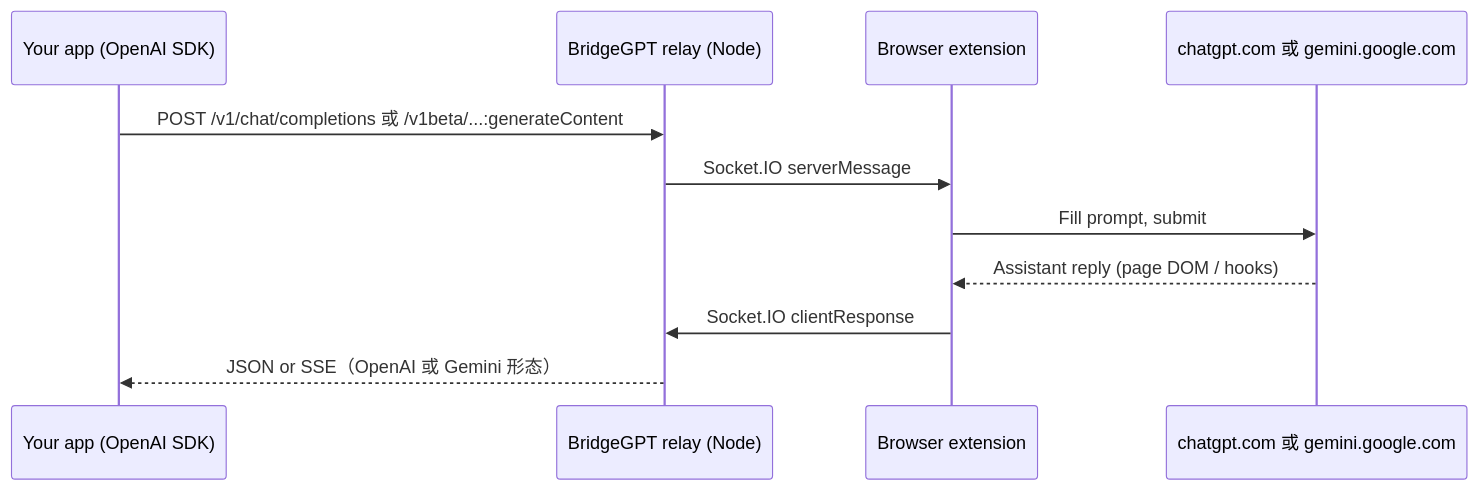
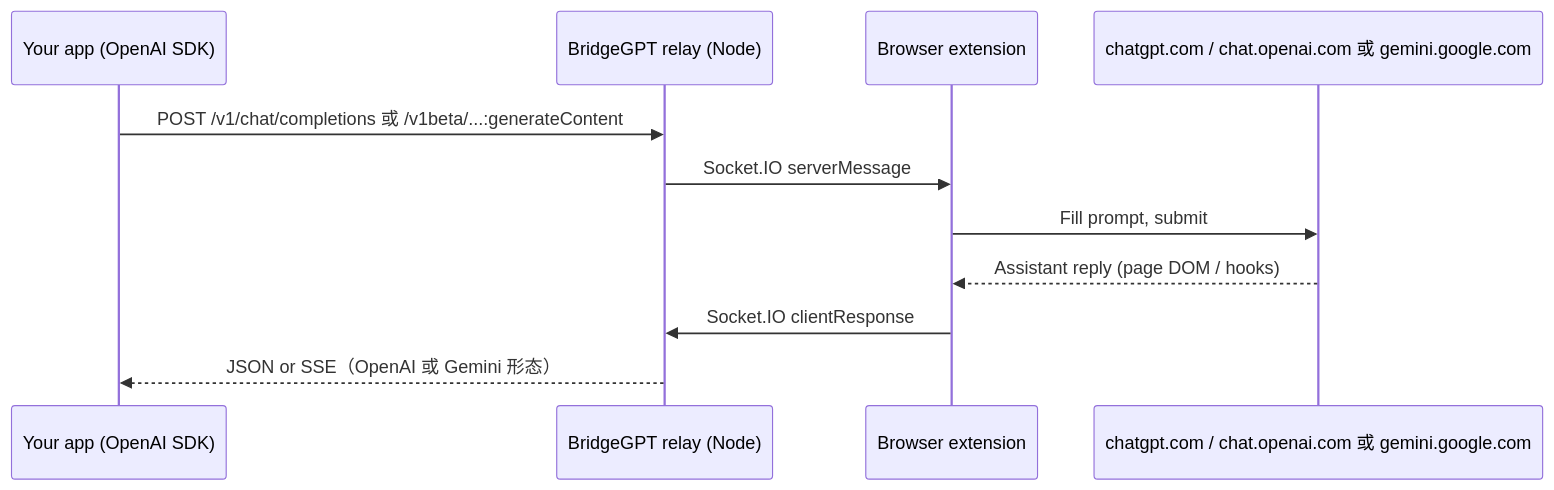
One commit to ocmuuu/BridgeGPT changed the diagram in README.zh-CN.md. Above: the diagram before and after it, drawn with Mermaid. The commit also changed other lines of this file and 29 other files, not shown here.

````diff
--- a/README.zh-CN.md
+++ b/README.zh-CN.md
@@ -51,14 +51,14 @@
 ```mermaid
 sequenceDiagram
   participant App as Your app (OpenAI SDK)
   participant Relay as BridgeGPT relay (Node)
   participant Ext as Browser extension
-  participant Web as chatgpt.com 或 gemini.google.com
+  participant Web as chatgpt.com / chat.openai.com 或 gemini.google.com
 
   App->>Relay: POST /v1/chat/completions 或 /v1beta/...:generateContent
   Relay->>Ext: Socket.IO serverMessage
   Ext->>Web: Fill prompt, submit
   Web-->>Ext: Assistant reply (page DOM / hooks)
   Ext->>Relay: Socket.IO clientResponse
   Relay-->>App: JSON or SSE（OpenAI 或 Gemini 形态）
 ```
````
